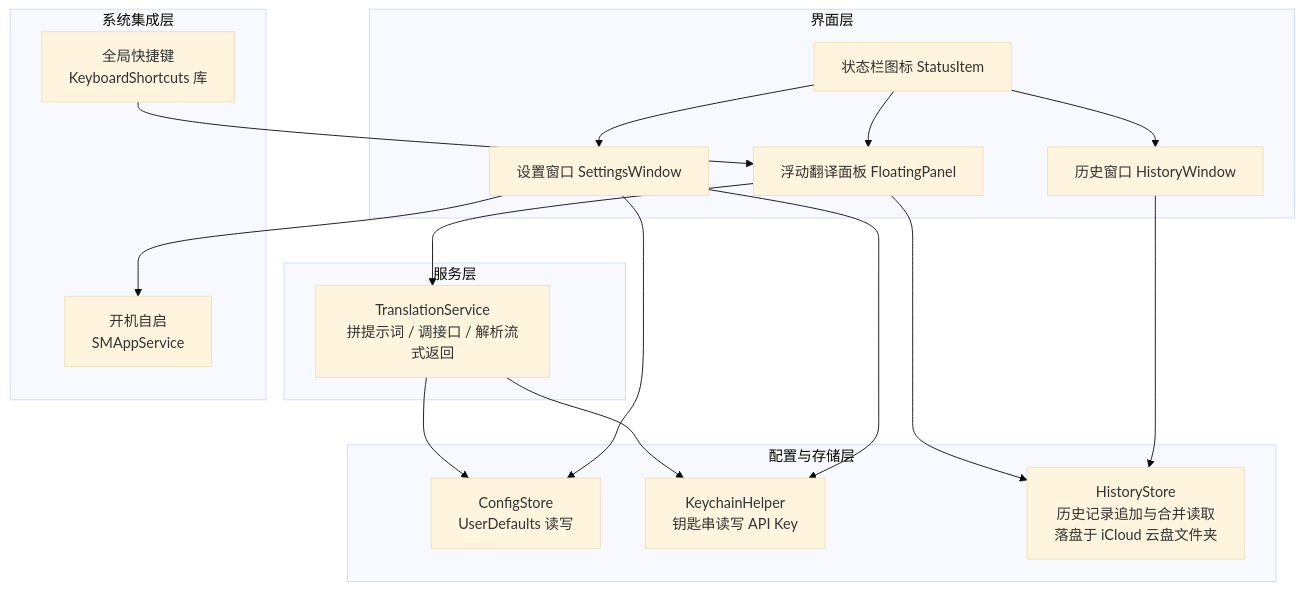
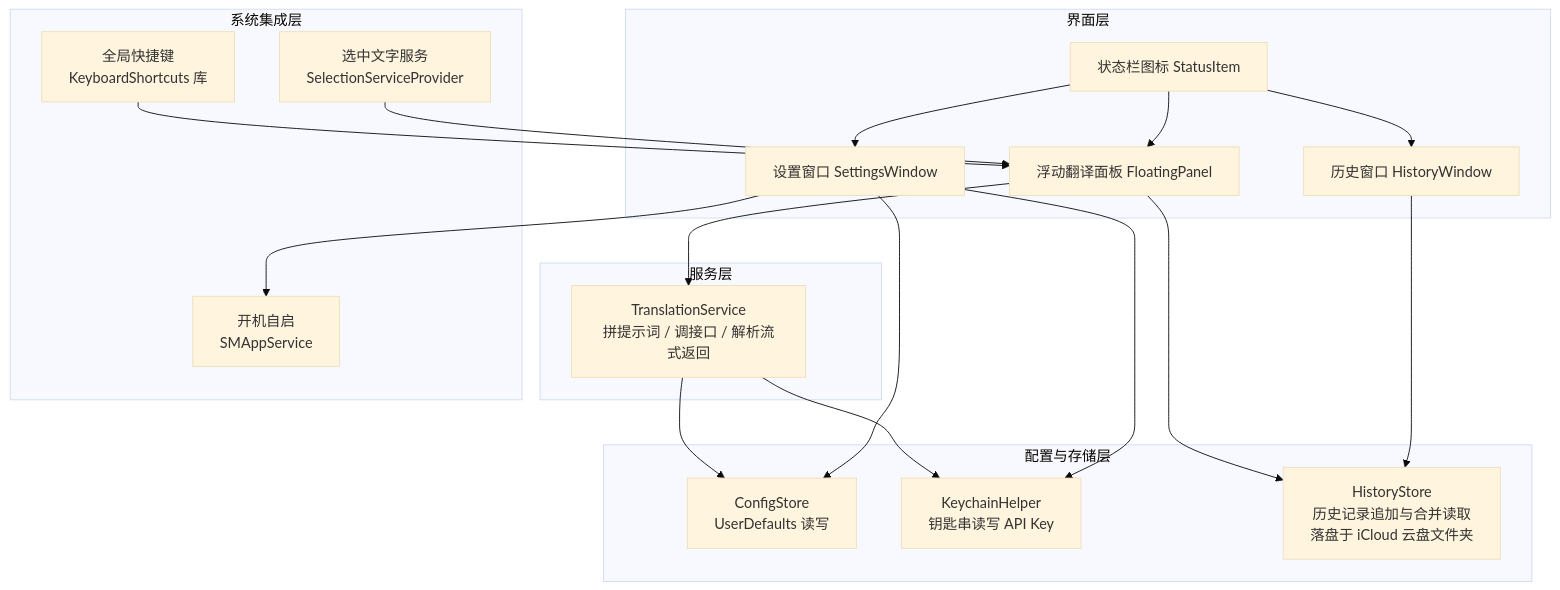
The first of 3 diagrams in docs/02-system-design.md (gOODiDEA2002/lighttrans), drawn with Mermaid (base theme) before and after one commit. The commit also changed other lines of this file and 4 other files, not shown here.

````diff
--- a/docs/02-system-design.md
+++ b/docs/02-system-design.md
@@ -11,33 +11,35 @@
 ```mermaid
 flowchart TB
     subgraph UI[界面层]
         A[状态栏图标 StatusItem]
         B[浮动翻译面板 FloatingPanel]
         C[设置窗口 SettingsWindow]
         C2[历史窗口 HistoryWindow]
     end
     subgraph SVC[服务层]
         D[TranslationService<br>拼提示词 / 调接口 / 解析流式返回]
     end
     subgraph CFG[配置与存储层]
         E[ConfigStore<br>UserDefaults 读写]
         F[KeychainHelper<br>钥匙串读写 API Key]
         I[HistoryStore<br>历史记录追加与合并读取<br>落盘于 iCloud 云盘文件夹]
     end
     subgraph SYS[系统集成层]
         G[全局快捷键<br>KeyboardShortcuts 库]
         H[开机自启<br>SMAppService]
+        J[选中文字服务<br>SelectionServiceProvider]
     end
     B --> D
     B --> I
     C2 --> I
     D --> E
     D --> F
     C --> E
     C --> F
     C --> H
     G --> B
+    J --> B
     A --> B
     A --> C
     A --> C2
 ```
````
